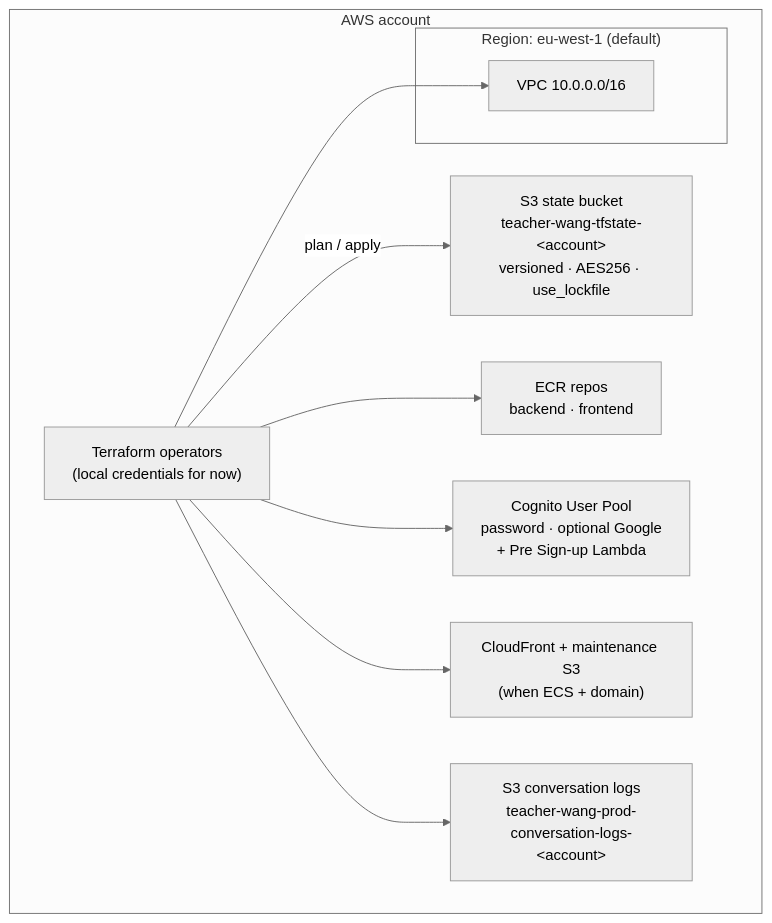
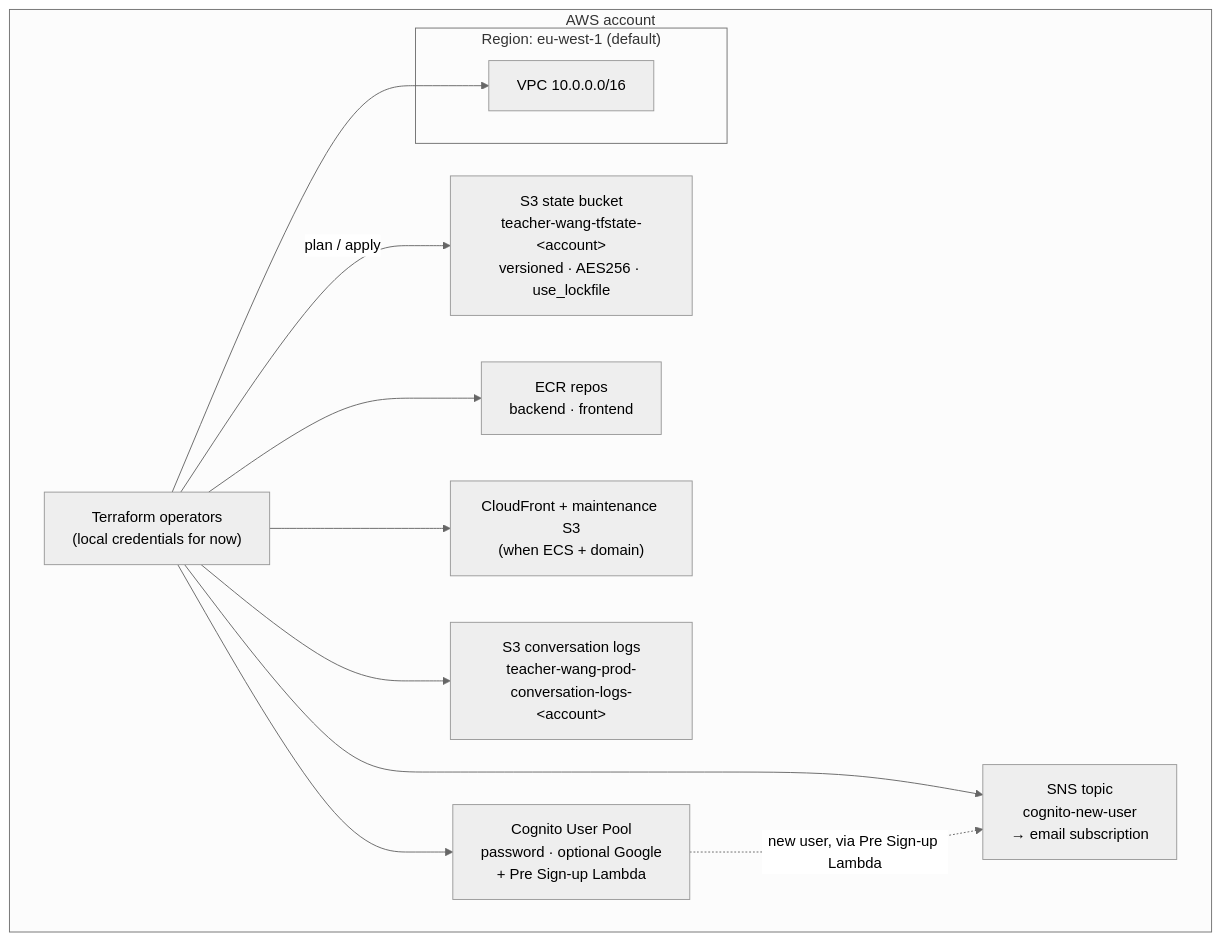
Before and after one commit to mazarsju/teacher-wang-infra: the first of 9 diagrams in docs/architecture.md, drawn with Mermaid (neutral theme). The commit also changed other lines of this file and 5 other files, not shown here.

Commit message:
Make repo efficiently managed by Claude, update documentation based on the previous work on SNS and Cognito

````diff
--- a/docs/architecture.md
+++ b/docs/architecture.md
@@ -17,22 +17,25 @@
 ```mermaid
 flowchart TB
   subgraph Account["AWS account"]
     TF["Terraform operators<br/>(local credentials for now)"]
     S3State["S3 state bucket<br/>teacher-wang-tfstate-&lt;account&gt;<br/>versioned · AES256 · use_lockfile"]
     ECR["ECR repos<br/>backend · frontend"]
     Cognito["Cognito User Pool<br/>password · optional Google<br/>+ Pre Sign-up Lambda"]
     CF["CloudFront + maintenance S3<br/>(when ECS + domain)"]
     ChatS3["S3 conversation logs<br/>teacher-wang-prod-conversation-logs-&lt;account&gt;"]
+    SNS["SNS topic<br/>cognito-new-user<br/>→ email subscription"]
 
     subgraph Region["Region: eu-west-1 (default)"]
       VPC["VPC 10.0.0.0/16"]
     end
   end
 
   TF -->|plan / apply| S3State
   TF --> VPC
   TF --> ECR
   TF --> Cognito
   TF --> CF
   TF --> ChatS3
+  TF --> SNS
+  Cognito -.->|new user, via Pre Sign-up Lambda| SNS
 ```
````
